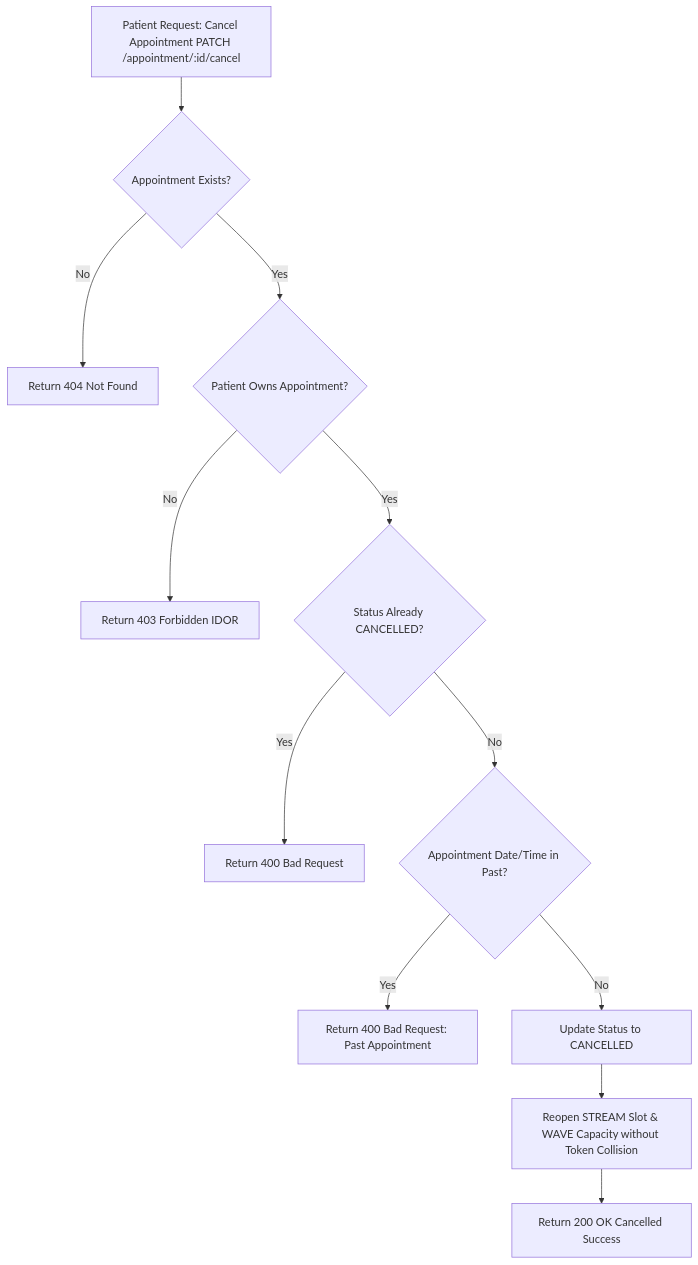
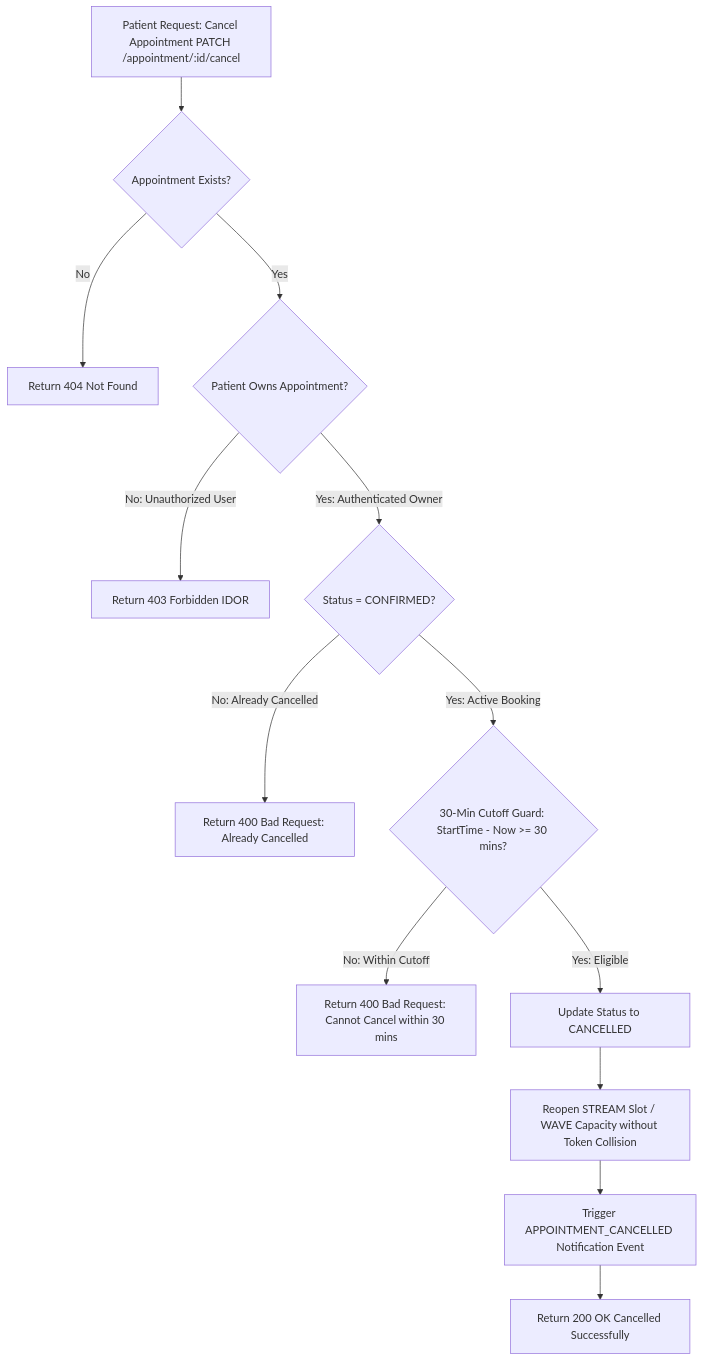
Before and after one commit to Jagadeesh729/schedula-jagadeesh: the third of 7 diagrams in docs/FLOWCHARTS.md, drawn with Mermaid. The commit also changed other lines of this file, not shown here.

Commit message:
docs(flowcharts): add comprehensive Mermaid flowcharts for all 7 milestones and workflows

````diff
--- a/docs/FLOWCHARTS.md
+++ b/docs/FLOWCHARTS.md
@@ -27,14 +46,15 @@
 ```mermaid
 graph TD
     A[Patient Request: Cancel Appointment PATCH /appointment/:id/cancel] --> B{Appointment Exists?}
     B -->|No| C[Return 404 Not Found]
     B -->|Yes| D{Patient Owns Appointment?}
-    D -->|No| E[Return 403 Forbidden IDOR]
-    D -->|Yes| F{Status Already CANCELLED?}
-    F -->|Yes| G[Return 400 Bad Request]
-    F -->|No| H{Appointment Date/Time in Past?}
-    H -->|Yes| I[Return 400 Bad Request: Past Appointment]
-    H -->|No| J[Update Status to CANCELLED]
-    J --> K[Reopen STREAM Slot & WAVE Capacity without Token Collision]
-    K --> L[Return 200 OK Cancelled Success]
+    D -->|No: Unauthorized User| E[Return 403 Forbidden IDOR]
+    D -->|Yes: Authenticated Owner| F{Status = CONFIRMED?}
+    F -->|No: Already Cancelled| G[Return 400 Bad Request: Already Cancelled]
+    F -->|Yes: Active Booking| H{30-Min Cutoff Guard: StartTime - Now >= 30 mins?}
+    H -->|No: Within Cutoff| I[Return 400 Bad Request: Cannot Cancel within 30 mins]
+    H -->|Yes: Eligible| J[Update Status to CANCELLED]
+    J --> K[Reopen STREAM Slot / WAVE Capacity without Token Collision]
+    K --> L[Trigger APPOINTMENT_CANCELLED Notification Event]
+    L --> M[Return 200 OK Cancelled Successfully]
 ```
````
